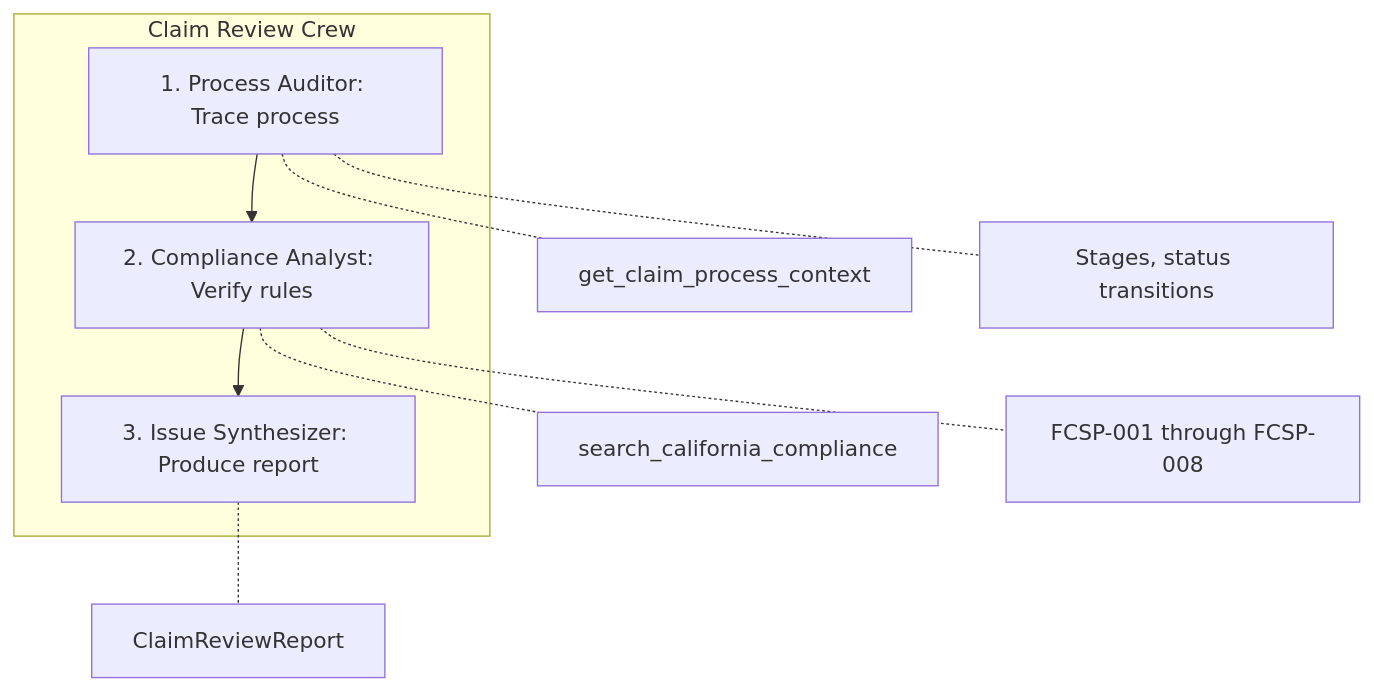
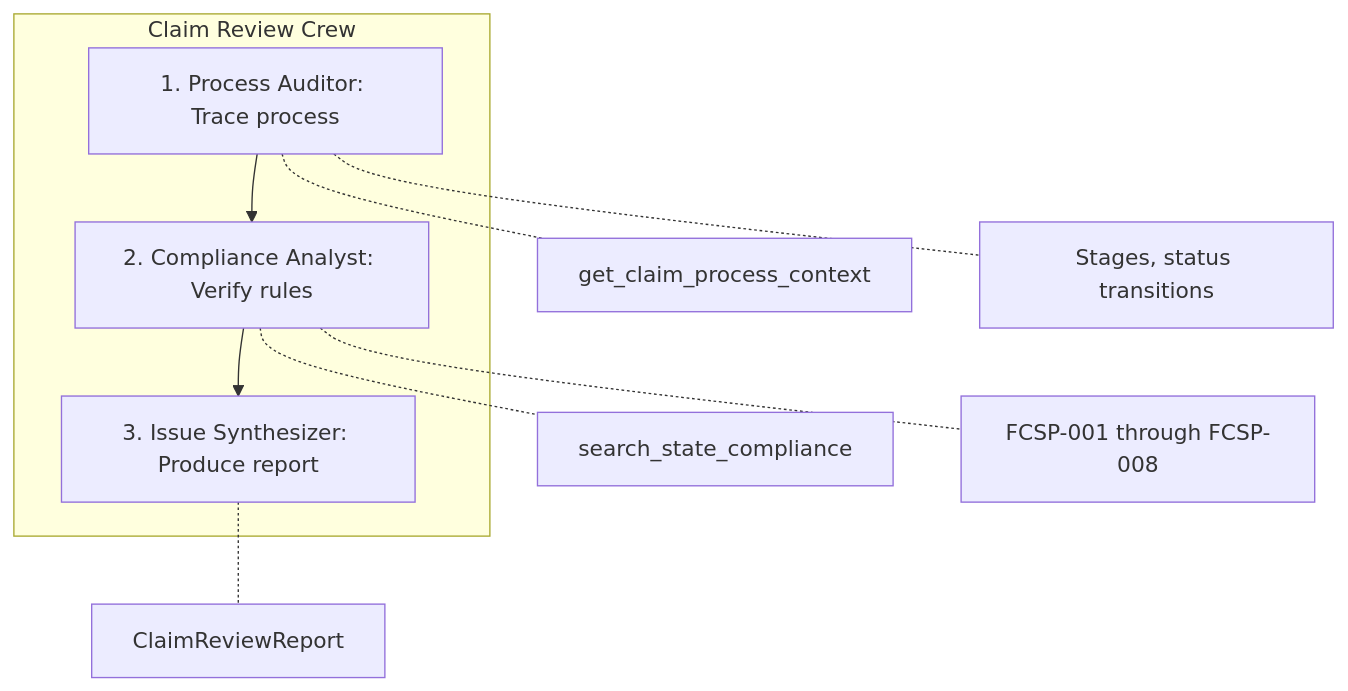
Diagram 16 of 16 in docs/crews.md (csmangum/auto-agent), drawn with Mermaid before and after one commit. The commit also changed other lines of this file and 17 other files, not shown here.

````diff
--- a/docs/crews.md
+++ b/docs/crews.md
@@ -1093,15 +1093,15 @@
 ```mermaid
 flowchart TB
     subgraph ClaimReview["Claim Review Crew"]
         A[1. Process Auditor: Trace process] --> B[2. Compliance Analyst: Verify rules]
         B --> C[3. Issue Synthesizer: Produce report]
     end
 
     A -.- A1[get_claim_process_context]
     A -.- A2[Stages, status transitions]
 
-    B -.- B1[search_california_compliance]
+    B -.- B1[search_state_compliance]
     B -.- B2[FCSP-001 through FCSP-008]
 
     C -.- C1[ClaimReviewReport]
 ```
````
